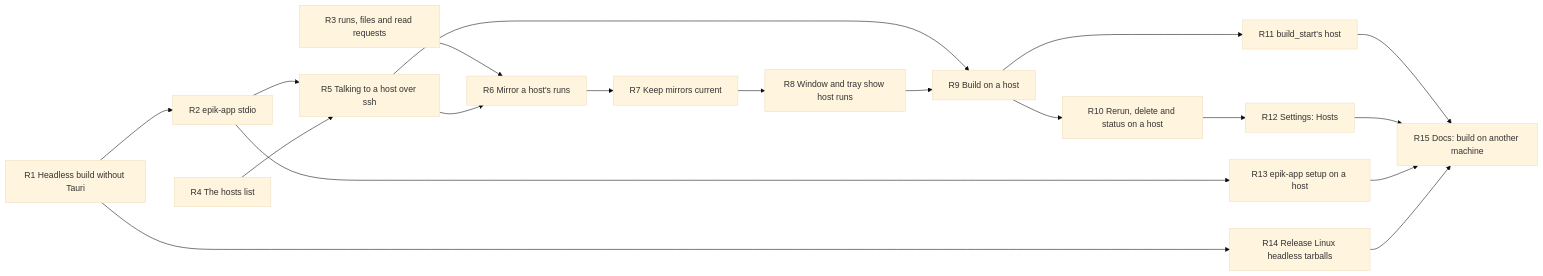
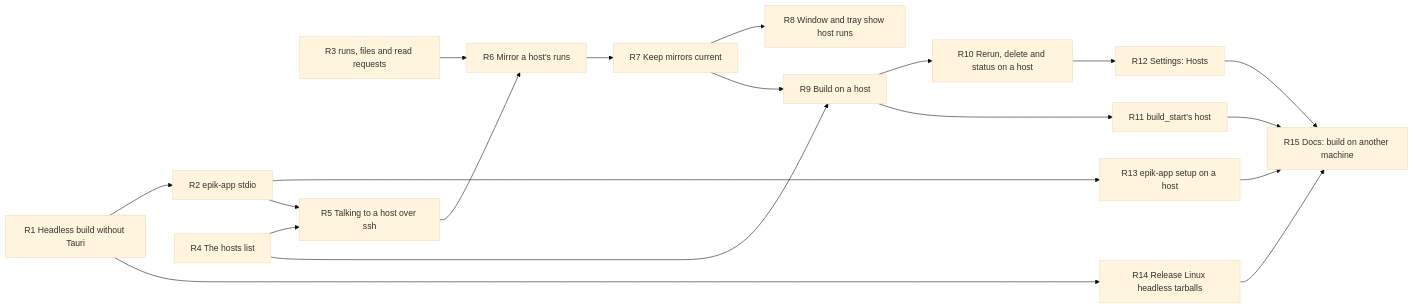
One commit to epik-agent/Epik changed the diagram in docs/milestone-0.4.0/epic-remote-hosts.md. Above: the diagram before and after it, drawn with Mermaid (base theme). The commit also changed other lines of this file and 4 other files, not shown here.

````diff
--- a/docs/milestone-0.4.0/epic-remote-hosts.md
+++ b/docs/milestone-0.4.0/epic-remote-hosts.md
@@ -50,36 +50,36 @@
 ```mermaid
 graph LR
   R1["R1 Headless build without Tauri"]
   R2["R2 epik-app stdio"]
   R3["R3 runs, files and read requests"]
   R4["R4 The hosts list"]
   R5["R5 Talking to a host over ssh"]
   R6["R6 Mirror a host's runs"]
   R7["R7 Keep mirrors current"]
   R8["R8 Window and tray show host runs"]
   R9["R9 Build on a host"]
   R10["R10 Rerun, delete and status on a host"]
   R11["R11 build_start's host"]
   R12["R12 Settings: Hosts"]
   R13["R13 epik-app setup on a host"]
   R14["R14 Release Linux headless tarballs"]
   R15["R15 Docs: build on another machine"]
   R1 --> R2
   R2 --> R13
   R2 --> R5
   R4 --> R5
   R3 --> R6
   R5 --> R6
   R6 --> R7
   R7 --> R8
-  R5 --> R9
-  R8 --> R9
+  R4 --> R9
+  R7 --> R9
   R9 --> R10
   R9 --> R11
   R10 --> R12
   R1 --> R14
   R11 --> R15
   R12 --> R15
   R13 --> R15
   R14 --> R15
 ```
````
